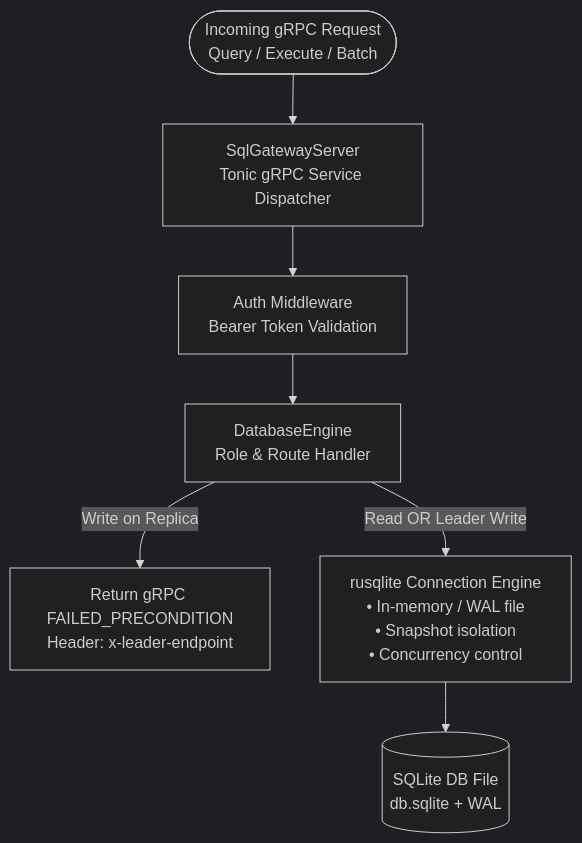
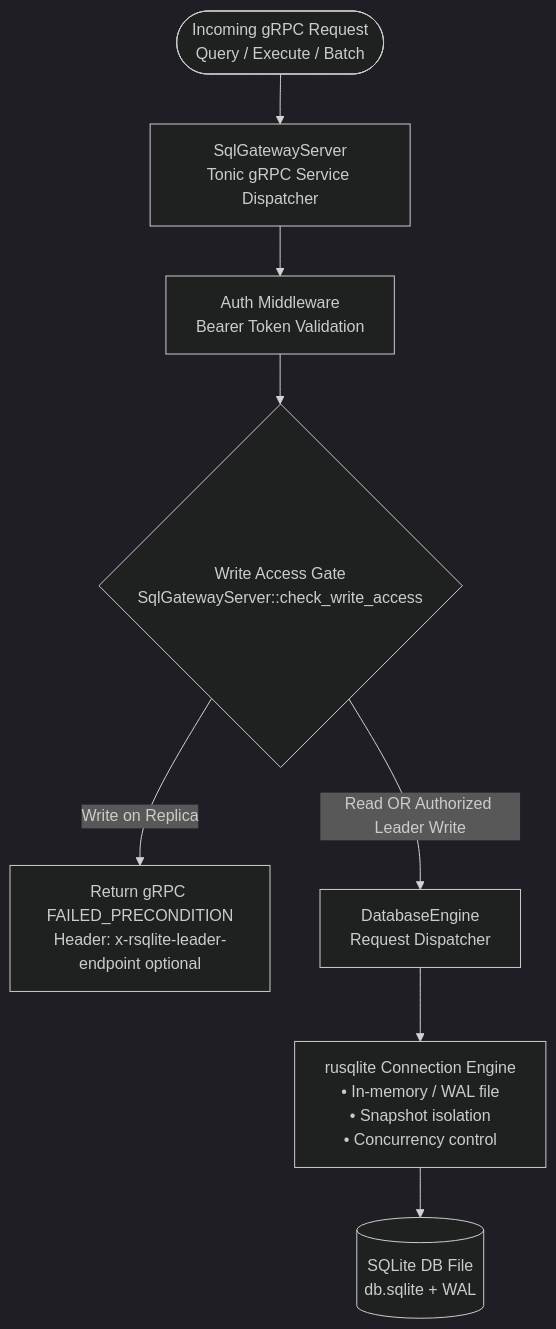
The second of 11 diagrams in docs/architecture-diagrams.md (sria91/rsqlite-rsync), drawn with Mermaid (dark theme) before and after one commit. The commit also changed other lines of this file, not shown here.

First line of the commit message:
docs: address PR review feedback on architecture diagrams

````diff
--- a/docs/architecture-diagrams.md
+++ b/docs/architecture-diagrams.md
@@ -27,11 +27,12 @@
 ```mermaid
 flowchart TD
     ClientReq([Incoming gRPC Request<br/>Query / Execute / Batch]) --> Server[SqlGatewayServer<br/>Tonic gRPC Service Dispatcher]
     Server --> Auth[Auth Middleware<br/>Bearer Token Validation]
-    Auth --> Engine[DatabaseEngine<br/>Role & Route Handler]
+    Auth --> RoleGate{Write Access Gate<br/>SqlGatewayServer::check_write_access}
 
-    Engine -->|Write on Replica| ErrorResp[Return gRPC FAILED_PRECONDITION<br/>Header: x-leader-endpoint]
-    Engine -->|Read OR Leader Write| SQLiteConn[rusqlite Connection Engine<br/>• In-memory / WAL file<br/>• Snapshot isolation<br/>• Concurrency control]
+    RoleGate -->|Write on Replica| ErrorResp[Return gRPC FAILED_PRECONDITION<br/>Header: x-rsqlite-leader-endpoint optional]
+    RoleGate -->|Read OR Authorized Leader Write| Engine[DatabaseEngine<br/>Request Dispatcher]
+    Engine --> SQLiteConn[rusqlite Connection Engine<br/>• In-memory / WAL file<br/>• Snapshot isolation<br/>• Concurrency control]
 
     SQLiteConn --> Disk[(SQLite DB File<br/>db.sqlite + WAL)]
 ```
````
